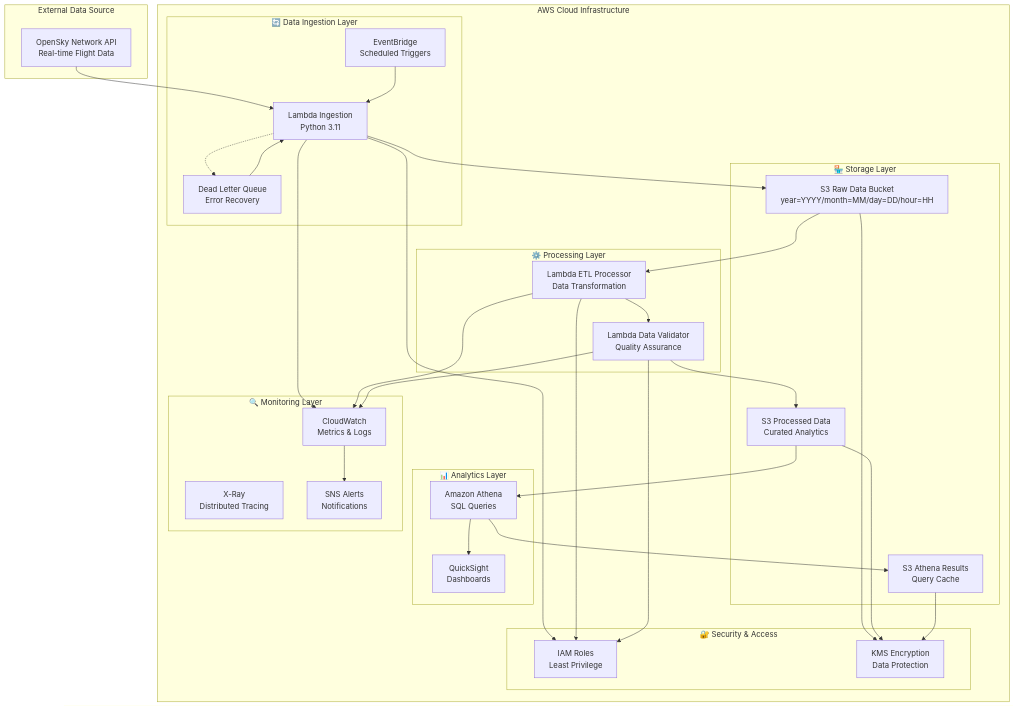
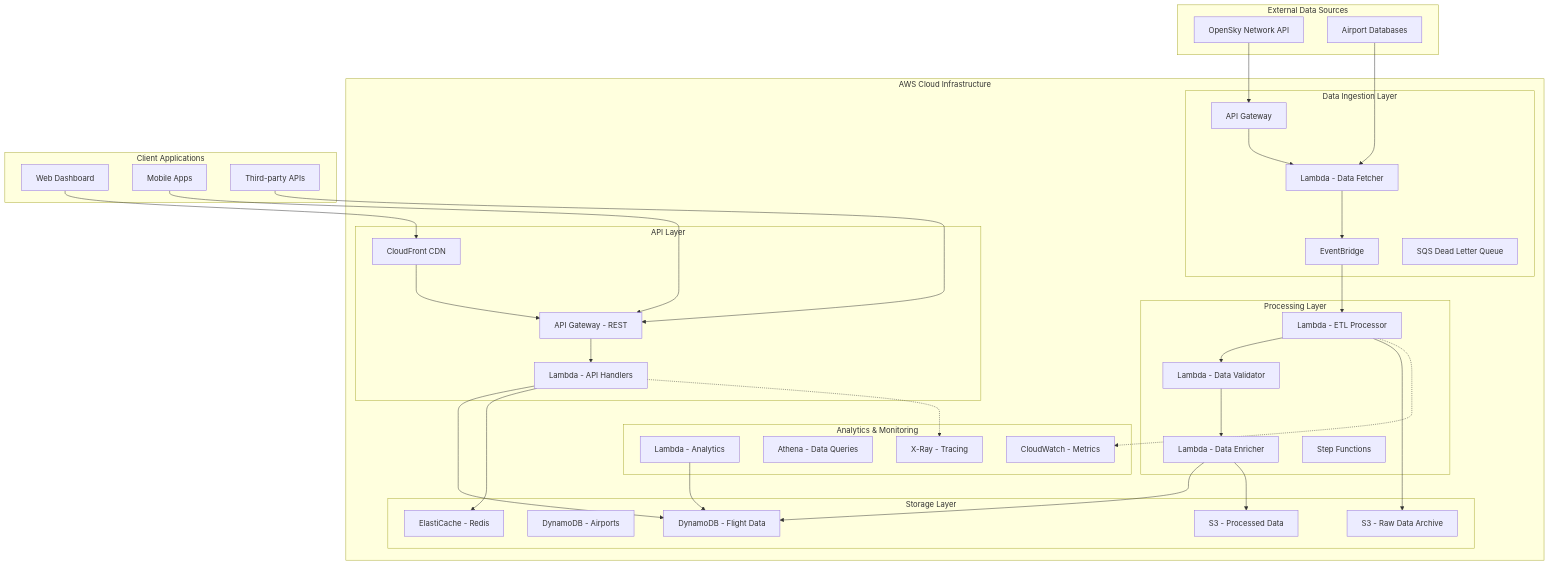
One commit to cd3331/aws-flight-data-pipeline changed the diagram in README.md. Above: the diagram before and after it, drawn with Mermaid. The commit also changed other lines of this file, not shown here.

````diff
--- a/README.md
+++ b/README.md
@@ -53,70 +33,78 @@
 ```mermaid
 graph TB
-    subgraph "External Data Source"
-        A[OpenSky Network API<br/>Real-time Flight Data]
+    subgraph "External Data Sources"
+        A1[OpenSky Network API]
+        A2[Airport Databases]
     end
-    
+
     subgraph "AWS Cloud Infrastructure"
-        subgraph "🔄 Data Ingestion Layer"
-            B[EventBridge<br/>Scheduled Triggers]
-            C[Lambda Ingestion<br/>Python 3.11]
-            D[Dead Letter Queue<br/>Error Recovery]
+        subgraph "Data Ingestion Layer"
+            B1[API Gateway]
+            B2[Lambda - Data Fetcher]
+            B3[EventBridge]
+            B4[SQS Dead Letter Queue]
         end
-        
-        subgraph "🏪 Storage Layer"
-            E[S3 Raw Data Bucket<br/>year=YYYY/month=MM/day=DD/hour=HH]
-            F[S3 Processed Data<br/>Curated Analytics]
-            G[S3 Athena Results<br/>Query Cache]
+
+        subgraph "Processing Layer"
+            C1[Lambda - ETL Processor]
+            C2[Lambda - Data Validator]
+            C3[Lambda - Data Enricher]
+            C4[Step Functions]
         end
-        
-        subgraph "⚙️ Processing Layer"
-            H[Lambda ETL Processor<br/>Data Transformation]
-            I[Lambda Data Validator<br/>Quality Assurance]
+
+        subgraph "Storage Layer"
+            D1[DynamoDB - Flight Data]
+            D2[DynamoDB - Airports]
+            D3[S3 - Raw Data Archive]
+            D4[S3 - Processed Data]
+            D5[ElastiCache - Redis]
         end
-        
-        subgraph "📊 Analytics Layer"
-            J[Amazon Athena<br/>SQL Queries]
-            K[QuickSight<br/>Dashboards]
+
+        subgraph "API Layer"
+            E1[API Gateway - REST]
+            E2[Lambda - API Handlers]
+            E3[CloudFront CDN]
         end
-        
-        subgraph "🔍 Monitoring Layer"
-            L[CloudWatch<br/>Metrics & Logs]
-            M[X-Ray<br/>Distributed Tracing]
-            N[SNS Alerts<br/>Notifications]
-        end
-        
-        subgraph "🔐 Security & Access"
-            O[IAM Roles<br/>Least Privilege]
-            P[KMS Encryption<br/>Data Protection]
+
+        subgraph "Analytics & Monitoring"
+            F1[Lambda - Analytics]
+            F2[Athena - Data Queries]
+            F3[CloudWatch - Metrics]
+            F4[X-Ray - Tracing]
         end
     end
-    
+
+    subgraph "Client Applications"
+        G1[Web Dashboard]
+        G2[Mobile Apps]
+        G3[Third-party APIs]
+    end
+
     %% Data Flow
-    A --> C
-    B --> C
-    C --> E
-    C -.-> D
-    E --> H
-    H --> I
-    I --> F
-    F --> J
-    J --> G
-    J --> K
-    
+    A1 --> B1
+    A2 --> B2
+    B1 --> B2
+    B2 --> B3
+    B3 --> C1
+    C1 --> C2
+    C2 --> C3
+    C3 --> D1
+    C1 --> D3
+    C3 --> D4
+
+    %% API Flow
+    E1 --> E2
+    E2 --> D1
+    E2 --> D5
+    E3 --> E1
+
+    %% Client Access
+    G1 --> E3
+    G2 --> E1
+    G3 --> E1
+
     %% Monitoring
-    C --> L
-    H --> L
-    I --> L
-    L --> N
-    
-    %% Security
-    C --> O
-    H --> O
-    I --> O
-    E --> P
-    F --> P
-    G --> P
-    
-    %% Error Handling
-    D --> C
+    C1 -.-> F3
+    E2 -.-> F4
+    F1 --> D1
 ```
````
